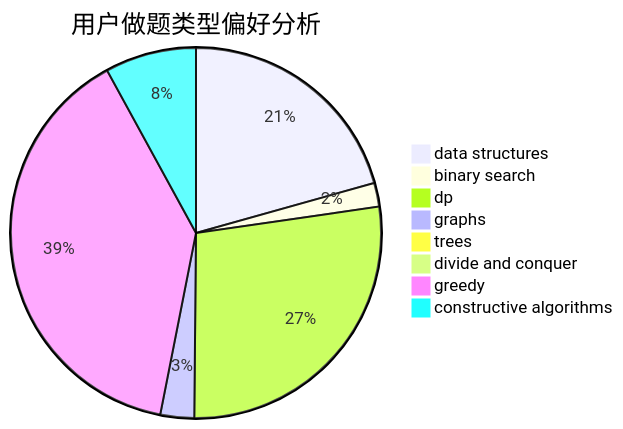
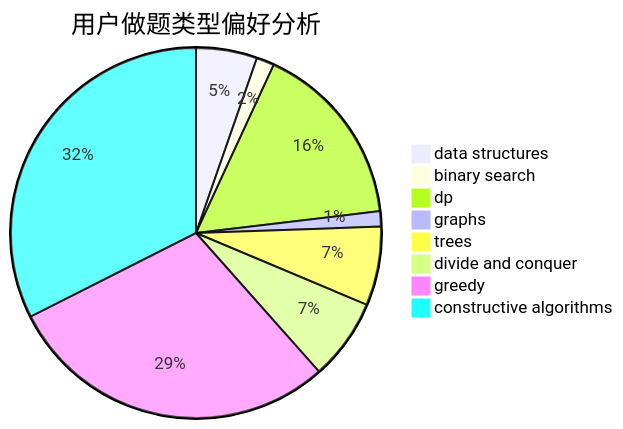
The second of 3 diagrams in docs/user/u680.md (sherpahu/cfrs.github.io), drawn with Mermaid before and after one commit. The commit also changed other lines of this file and 2770 other files, not shown here.

````diff
--- a/docs/user/u680.md
+++ b/docs/user/u680.md
@@ -23,11 +23,11 @@
 ```mermaid
 pie title 用户做题类型偏好分析
-    "data structures" :  70
+    "data structures" :  24
     "binary search" :  7
-    "dp" :  93
-    "graphs" :  10
-    "trees" :  0
-    "divide and conquer" :  0
-    "greedy" :  132
-    "constructive algorithms" :  27
+    "dp" :  73
+    "graphs" :  6
+    "trees" :  31
+    "divide and conquer" :  32
+    "greedy" :  131
+    "constructive algorithms" :  146
 ```
````
